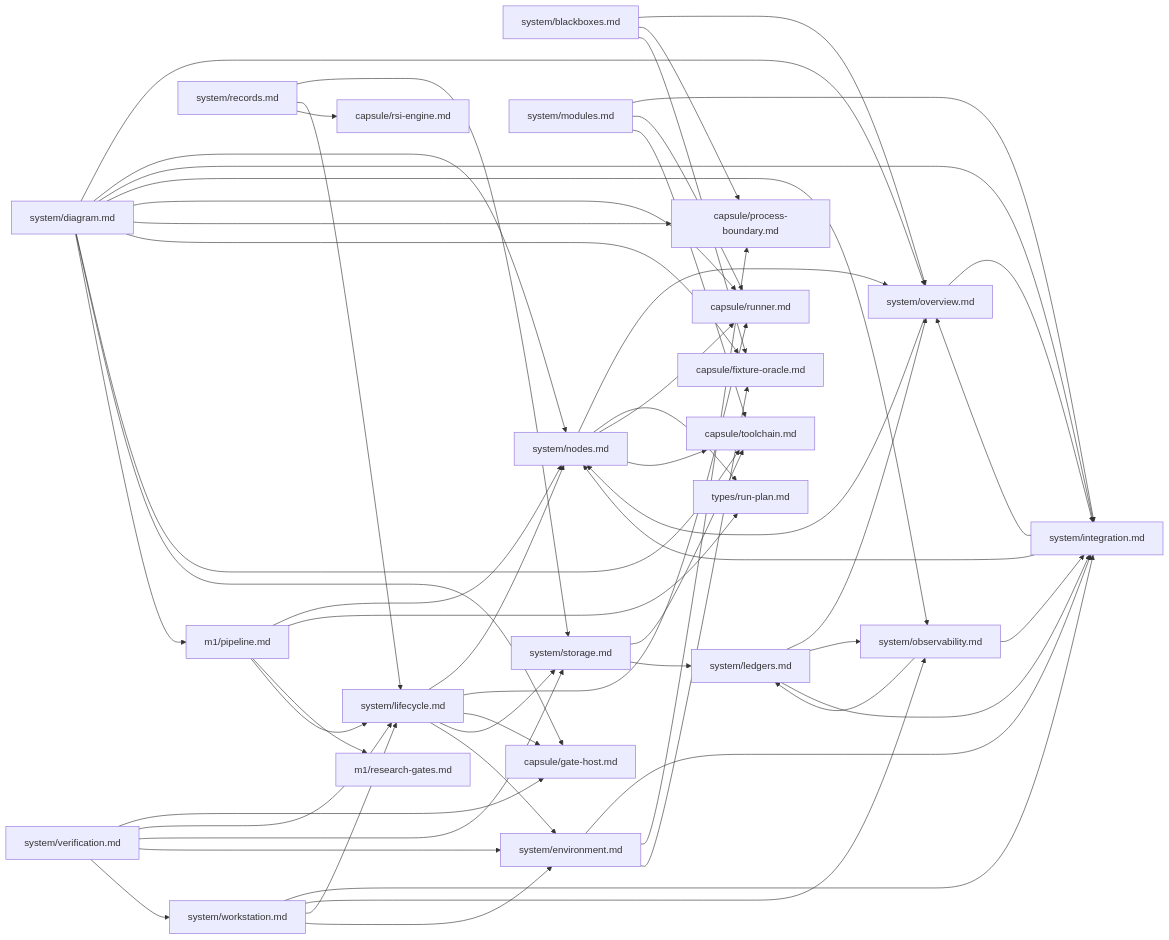
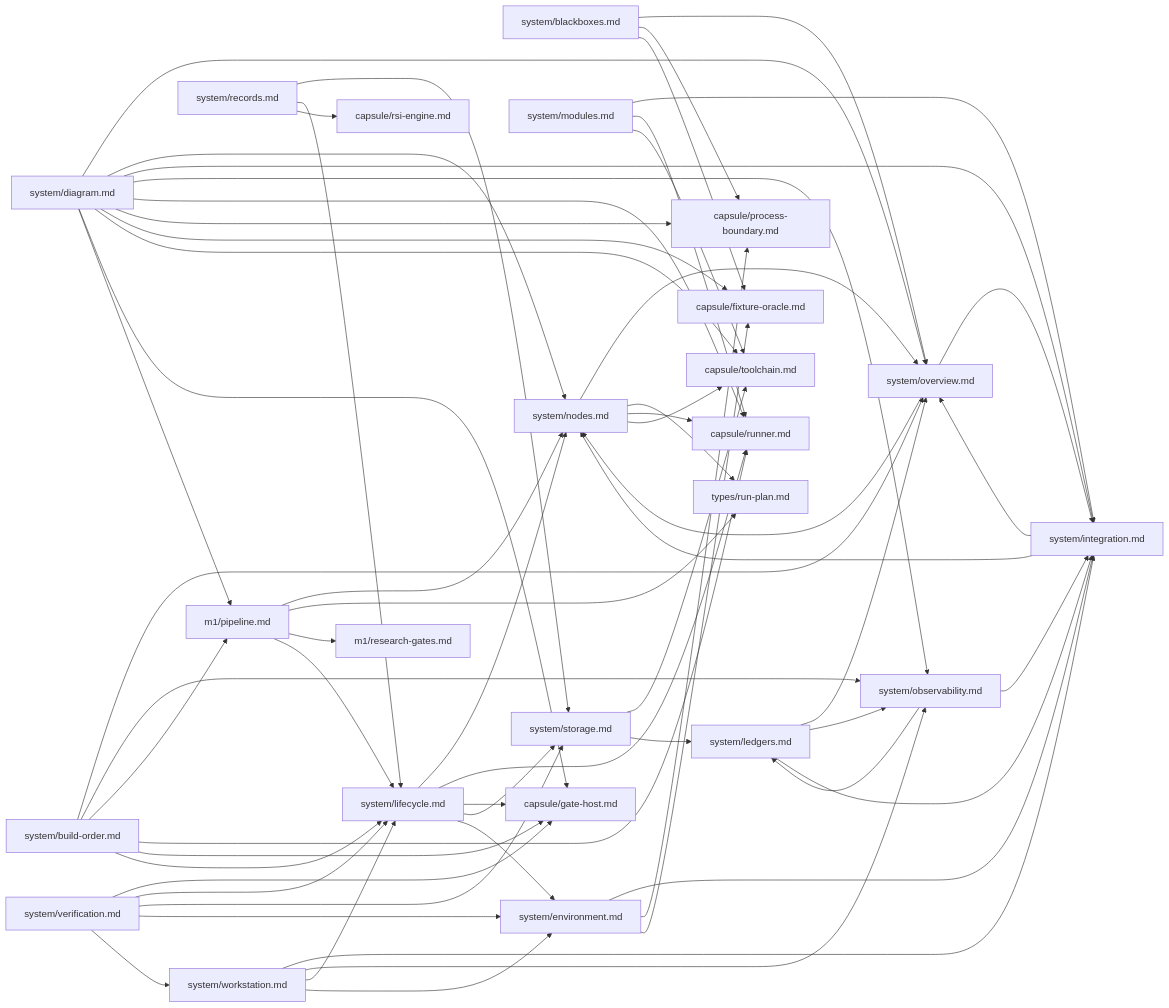
The diagram in docs/architecture/graph.md (Stellven/jiuwenswarm), drawn with Mermaid before and after one commit. The commit also changed 10 other files, not shown here.

First line of the commit message:
Architecture owns build order and benchmark-harness requirements

```diff
--- a/docs/architecture/graph.md
+++ b/docs/architecture/graph.md
@@ -11,6 +11,7 @@
 flowchart LR
     p_m1_pipeline_md["m1/pipeline.md"]
     p_system_blackboxes_md["system/blackboxes.md"]
+    p_system_build_order_md["system/build-order.md"]
     p_system_diagram_md["system/diagram.md"]
     p_system_environment_md["system/environment.md"]
     p_system_integration_md["system/integration.md"]
@@ -35,17 +36,23 @@
     p_system_blackboxes_md --> p_capsule_process_boundary_md
     p_capsule_fixture_oracle_md["capsule/fixture-oracle.md"]
     p_system_blackboxes_md --> p_capsule_fixture_oracle_md
+    p_system_build_order_md --> p_system_overview_md
+    p_system_build_order_md --> p_system_observability_md
+    p_system_build_order_md --> p_m1_pipeline_md
+    p_capsule_runner_md["capsule/runner.md"]
+    p_system_build_order_md --> p_capsule_runner_md
+    p_capsule_gate_host_md["capsule/gate-host.md"]
+    p_system_build_order_md --> p_capsule_gate_host_md
+    p_system_build_order_md --> p_system_lifecycle_md
     p_system_diagram_md --> p_system_overview_md
     p_system_diagram_md --> p_system_nodes_md
     p_system_diagram_md --> p_system_integration_md
     p_system_diagram_md --> p_system_observability_md
-    p_capsule_runner_md["capsule/runner.md"]
     p_system_diagram_md --> p_capsule_runner_md
     p_system_diagram_md --> p_capsule_process_boundary_md
     p_system_diagram_md --> p_capsule_fixture_oracle_md
     p_capsule_toolchain_md["capsule/toolchain.md"]
     p_system_diagram_md --> p_capsule_toolchain_md
-    p_capsule_gate_host_md["capsule/gate-host.md"]
     p_system_diagram_md --> p_capsule_gate_host_md
     p_system_diagram_md --> p_m1_pipeline_md
     p_system_environment_md --> p_system_integration_md
```
